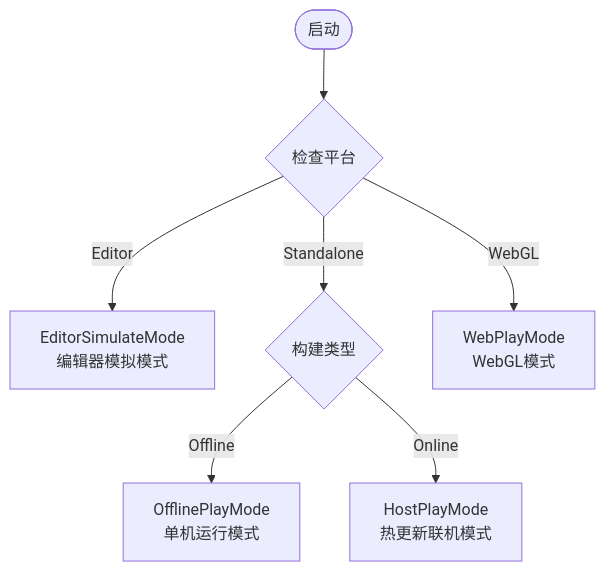
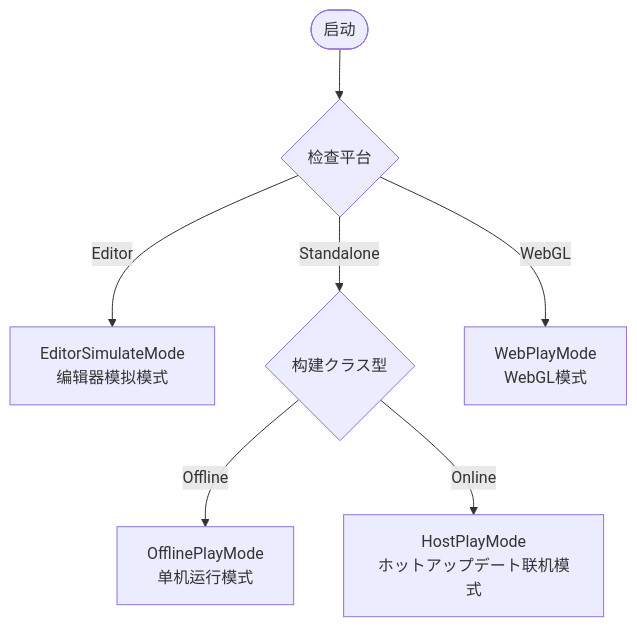
One commit to AlianBlank/GameFrameX.Docs changed the second of 2 diagrams in docs/ja/client/unity/component/asset/03.getting-started.md. Above: the diagram before and after it, drawn with Mermaid. The commit also changed other lines of this file and 603 other files, not shown here.

````diff
--- a/docs/ja/client/unity/component/asset/03.getting-started.md
+++ b/docs/ja/client/unity/component/asset/03.getting-started.md
@@ -59,11 +59,11 @@
 ```mermaid
 flowchart TD
     Start([启动]) --> CheckPlatform{检查平台}
     
     CheckPlatform -->|Editor| EditorMode[EditorSimulateMode<br/>编辑器模拟模式]
-    CheckPlatform -->|Standalone| CheckBuild{构建类型}
+    CheckPlatform -->|Standalone| CheckBuild{构建クラス型}
     CheckPlatform -->|WebGL| WebMode[WebPlayMode<br/>WebGL模式]
     
     CheckBuild -->|Offline| OfflineMode[OfflinePlayMode<br/>单机运行模式]
-    CheckBuild -->|Online| HostMode[HostPlayMode<br/>热更新联机模式]
+    CheckBuild -->|Online| HostMode[HostPlayMode<br/>ホットアップデート联机模式]
 ```
````
